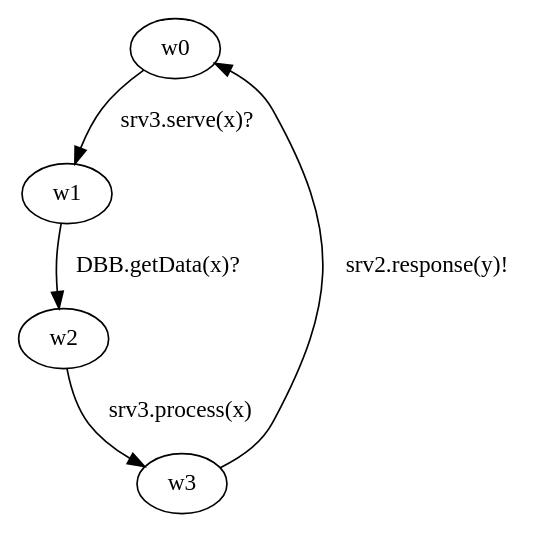
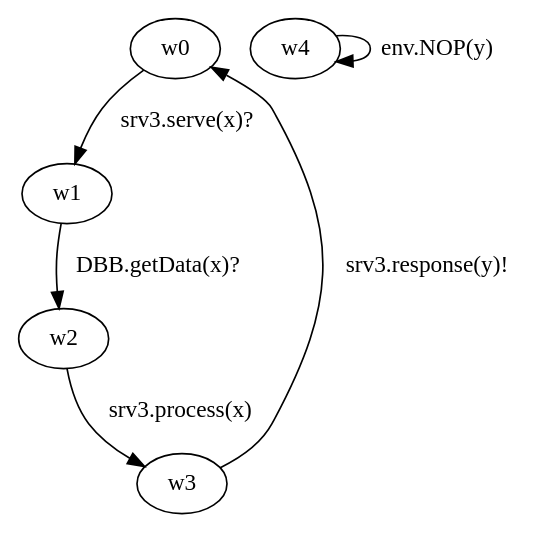
One commit to nargeskh/ControllerSynthesis changed the diagram in inputs/server3.dot. Above: the diagram before and after it, drawn with Graphviz. The commit also changed 89 other files, not shown here.

```diff
--- a/inputs/server3.dot
+++ b/inputs/server3.dot
@@ -1,3 +1,3 @@
 digraph { 
-w0->w1[label= "srv3.serve(x)?"];w1->w2[label= "DBB.getData(x)?"];w2->w3[label= "srv3.process(x)"];w3->w0[label= "srv2.response(y)!"];
+w0->w1[label= "srv3.serve(x)?"];w1->w2[label= "DBB.getData(x)?"];w2->w3[label= "srv3.process(x)"];w3->w0[label= "srv3.response(y)!"];w4->w4[label= "env.NOP(y)"];
 }
```
